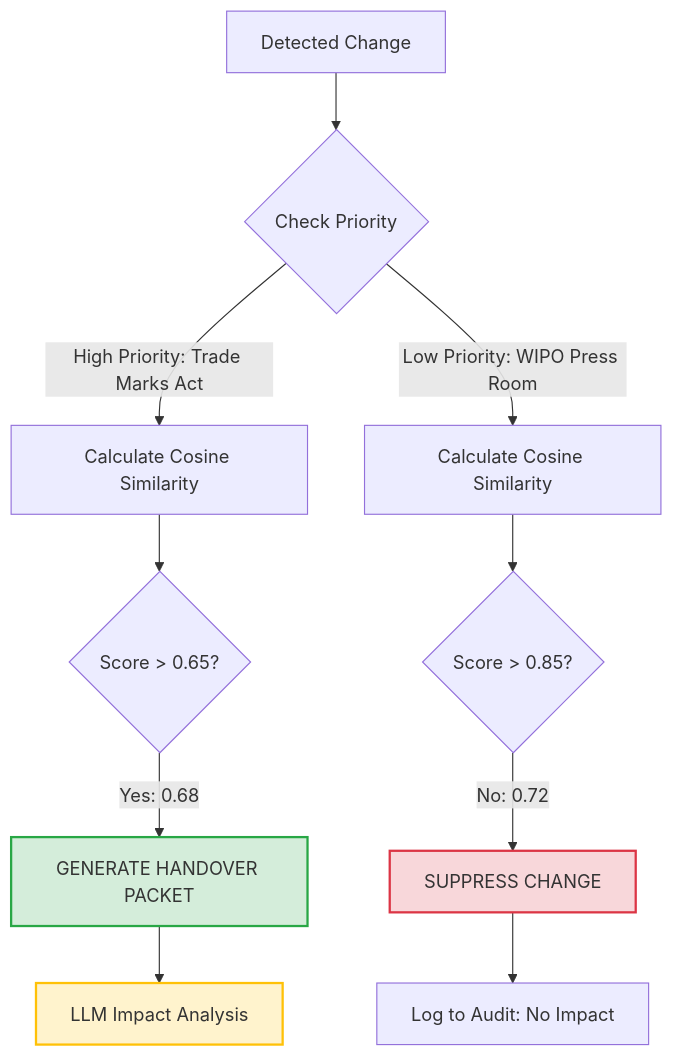
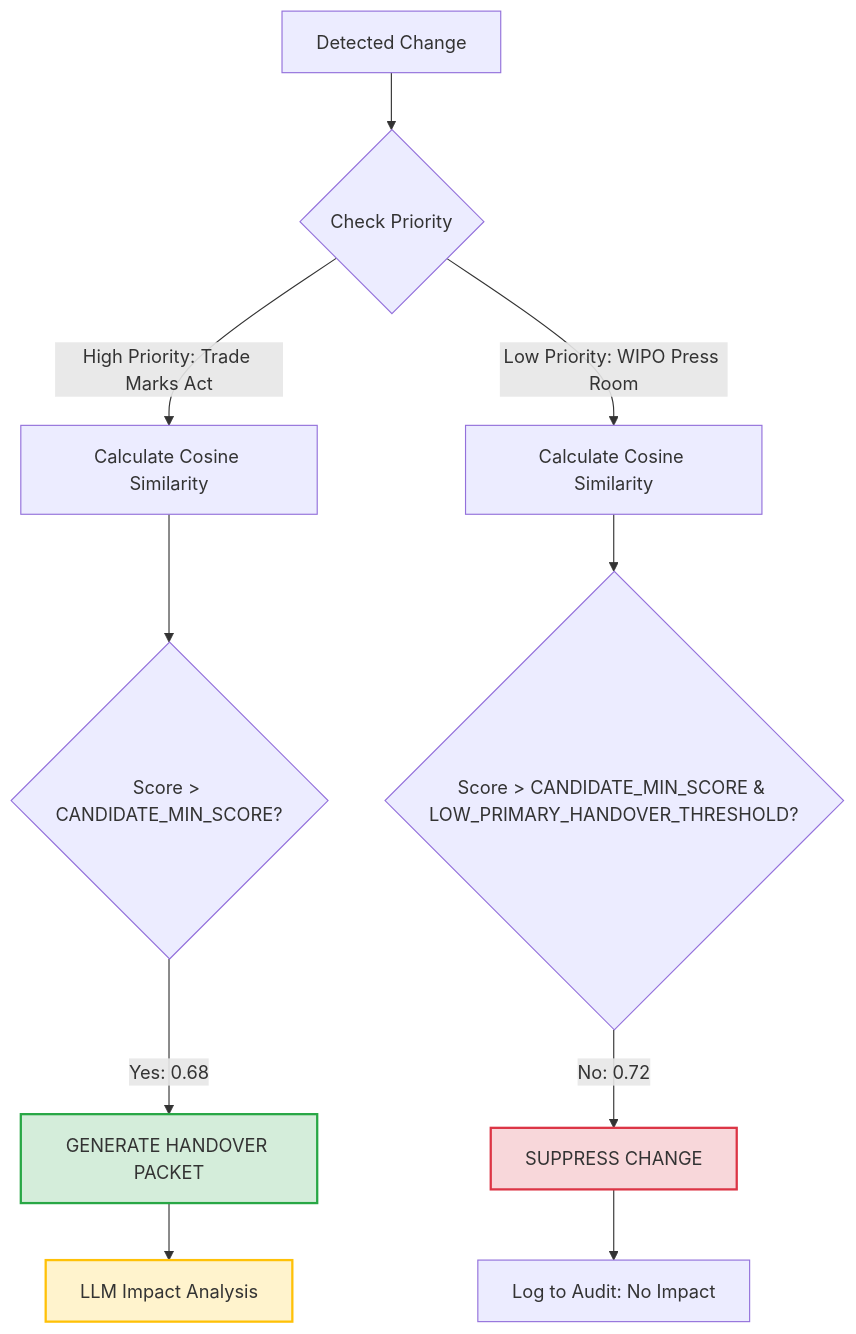
One commit to Thomas-Amann-IPAustralia/Tripwire changed the diagram in README.md. Above: the diagram before and after it, drawn with Mermaid. The commit also changed other lines of this file, not shown here.

````diff
--- a/README.md
+++ b/README.md
@@ -116,22 +116,22 @@
 ```mermaid
 graph TD
     %% Node Definitions
     A[Detected Change] --> B{Check Priority}
 
     %% High Priority Path
     B -- High Priority: Trade Marks Act --> C[Calculate Cosine Similarity]
-    C --> D{Score > 0.65?}
+    C --> D{Score > CANDIDATE_MIN_SCORE?}
     D -- Yes: 0.68 --> E[GENERATE HANDOVER PACKET]
     E --> F[LLM Impact Analysis]
 
     %% Low Priority Path
     B -- Low Priority: WIPO Press Room --> G[Calculate Cosine Similarity]
-    G --> H{Score > 0.85?}
+    G --> H{Score > CANDIDATE_MIN_SCORE & LOW_PRIMARY_HANDOVER_THRESHOLD?}
     H -- No: 0.72 --> I[SUPPRESS CHANGE]
     I --> J[Log to Audit: No Impact]
 
     %% Styling
     style E fill:#d4edda,stroke:#28a745,stroke-width:2px
     style I fill:#f8d7da,stroke:#dc3545,stroke-width:2px
     style F fill:#fff3cd,stroke:#ffc107,stroke-width:2px
 ```
````
